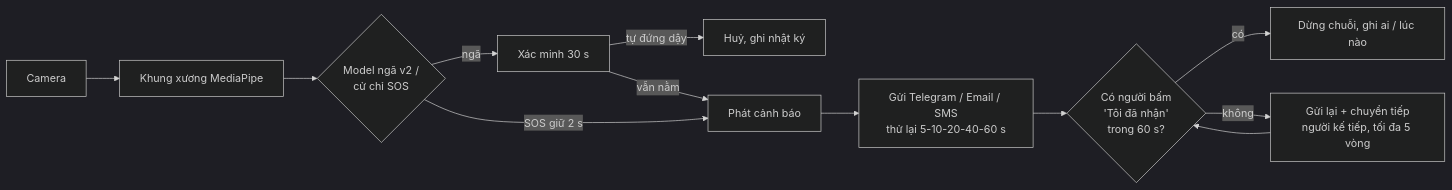
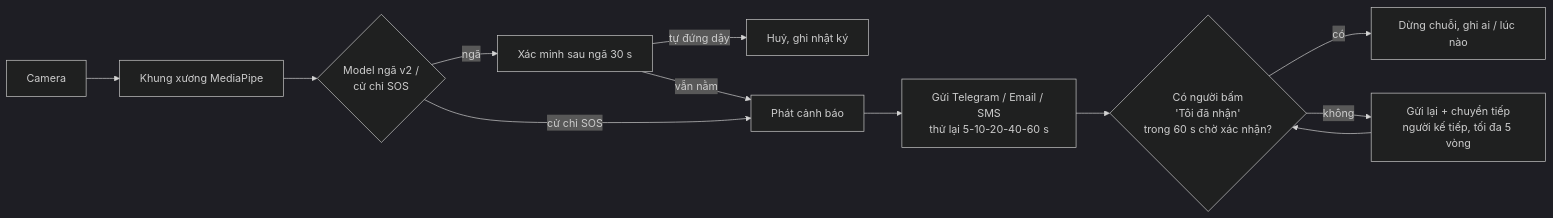
Before and after one commit to shinjiduck/SafeWatch: the diagram in README.md, drawn with Mermaid (dark theme). The commit also changed other lines of this file and 52 other files, not shown here.

````diff
--- a/README.md
+++ b/README.md
@@ -40,14 +43,14 @@
 ```mermaid
 flowchart LR
     A[Camera] --> B[Khung xương MediaPipe]
     B --> C{Model ngã v2 /<br/>cử chỉ SOS}
-    C -- ngã --> D[Xác minh 30 s]
+    C -- ngã --> D[Xác minh sau ngã 30 s]
     D -- tự đứng dậy --> E[Huỷ, ghi nhật ký]
     D -- vẫn nằm --> F[Phát cảnh báo]
-    C -- SOS giữ 2 s --> F
+    C -- cử chỉ SOS --> F
     F --> G[Gửi Telegram / Email / SMS<br/>thử lại 5-10-20-40-60 s]
-    G --> H{Có người bấm<br/>'Tôi đã nhận'<br/>trong 60 s?}
+    G --> H{Có người bấm<br/>'Tôi đã nhận'<br/>trong 60 s chờ xác nhận?}
     H -- có --> I[Dừng chuỗi, ghi ai / lúc nào]
     H -- không --> J[Gửi lại + chuyển tiếp<br/>người kế tiếp, tối đa 5 vòng]
     J --> H
 ```
````
